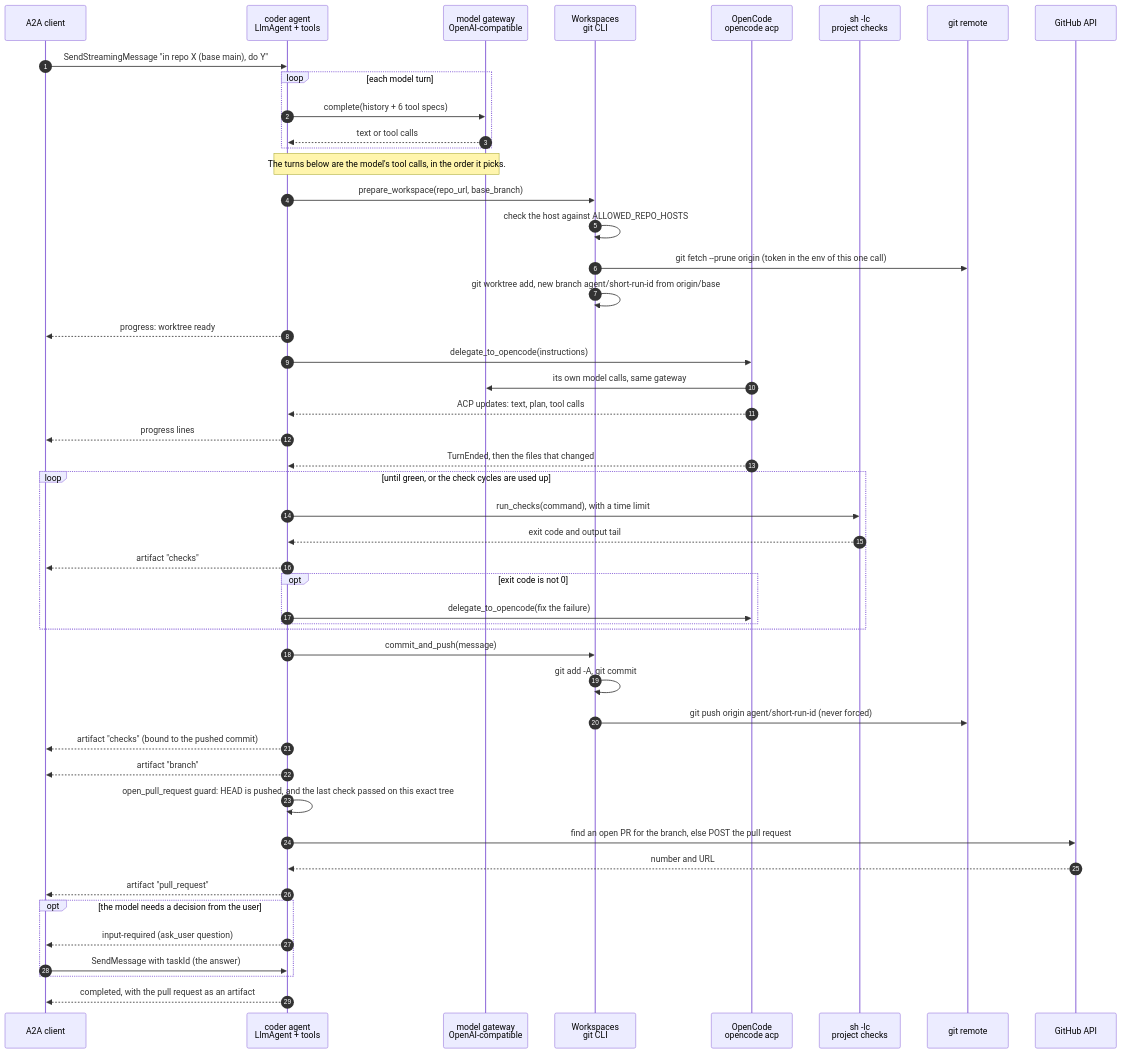
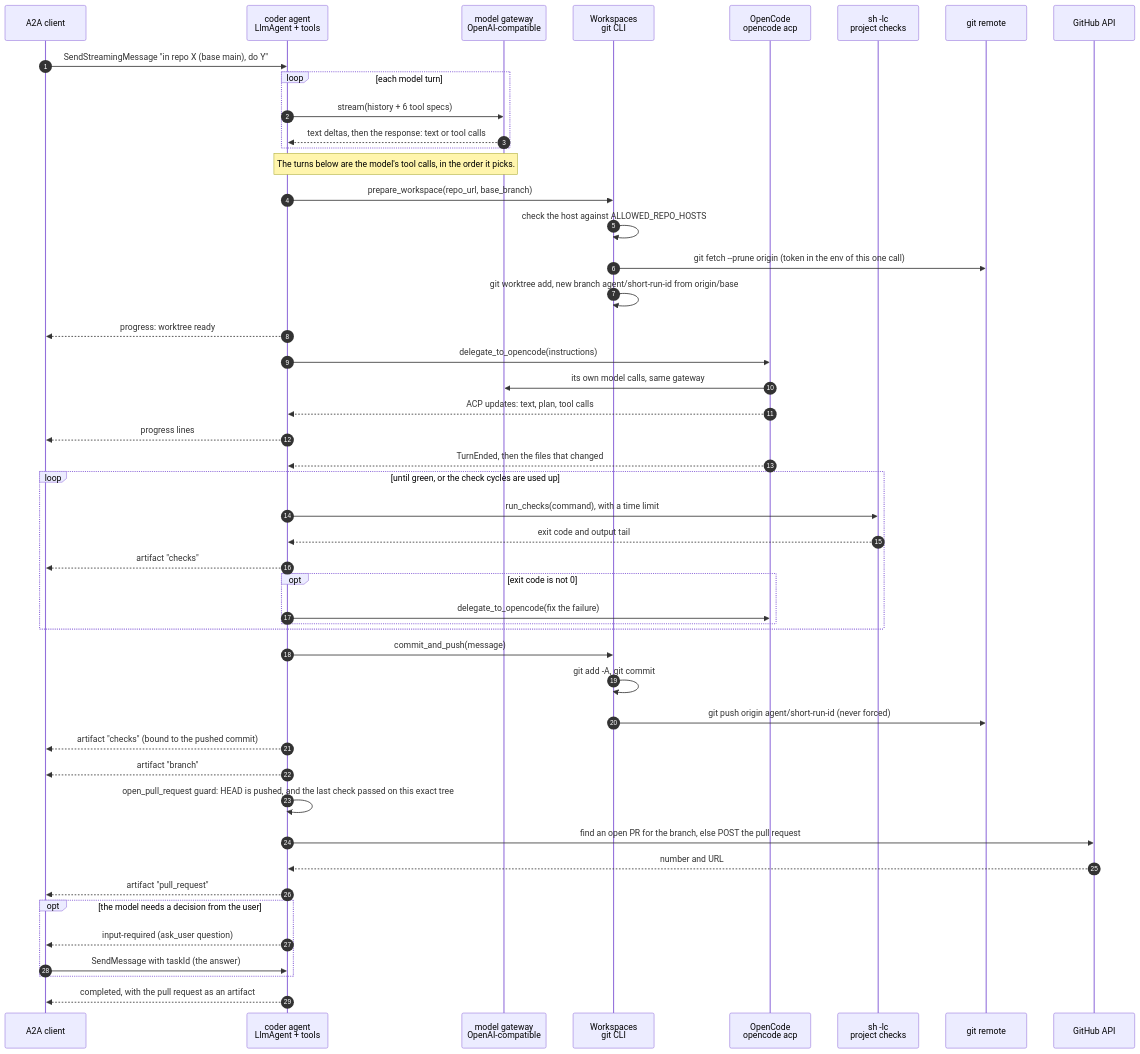
Diagram 23 of 28 in docs/architecture.md (vymalo/another-adam-rs), drawn with Mermaid before and after one commit. The commit also changed other lines of this file and 33 other files, not shown here.

````diff
--- a/docs/architecture.md
+++ b/docs/architecture.md
@@ -1652,57 +1707,57 @@
 ```mermaid
 sequenceDiagram
     autonumber
     participant C as A2A client
     participant A as coder agent<br/>LlmAgent + tools
     participant M as model gateway<br/>OpenAI-compatible
     participant G as Workspaces<br/>git CLI
     participant O as OpenCode<br/>opencode acp
     participant Sh as sh -lc<br/>project checks
     participant R as git remote
     participant H as GitHub API
 
     C->>A: SendStreamingMessage "in repo X (base main), do Y"
     loop each model turn
-        A->>M: complete(history + 6 tool specs)
-        M-->>A: text or tool calls
+        A->>M: stream(history + 6 tool specs)
+        M-->>A: text deltas, then the response: text or tool calls
     end
     Note over A,M: The turns below are the model's tool calls, in the order it picks.
 
     A->>G: prepare_workspace(repo_url, base_branch)
     G->>G: check the host against ALLOWED_REPO_HOSTS
     G->>R: git fetch --prune origin (token in the env of this one call)
     G->>G: git worktree add, new branch agent/short-run-id from origin/base
     A-->>C: progress: worktree ready
 
     A->>O: delegate_to_opencode(instructions)
     O->>M: its own model calls, same gateway
     O-->>A: ACP updates: text, plan, tool calls
     A-->>C: progress lines
     O-->>A: TurnEnded, then the files that changed
 
     loop until green, or the check cycles are used up
         A->>Sh: run_checks(command), with a time limit
         Sh-->>A: exit code and output tail
         A-->>C: artifact "checks"
         opt exit code is not 0
             A->>O: delegate_to_opencode(fix the failure)
         end
     end
 
     A->>G: commit_and_push(message)
     G->>G: git add -A, git commit
     G->>R: git push origin agent/short-run-id (never forced)
     A-->>C: artifact "checks" (bound to the pushed commit)
     A-->>C: artifact "branch"
 
     A->>A: open_pull_request guard: HEAD is pushed, and the last check passed on this exact tree
     A->>H: find an open PR for the branch, else POST the pull request
     H-->>A: number and URL
     A-->>C: artifact "pull_request"
 
     opt the model needs a decision from the user
         A-->>C: input-required (ask_user question)
         C->>A: SendMessage with taskId (the answer)
     end
     A-->>C: completed, with the pull request as an artifact
 ```
````
